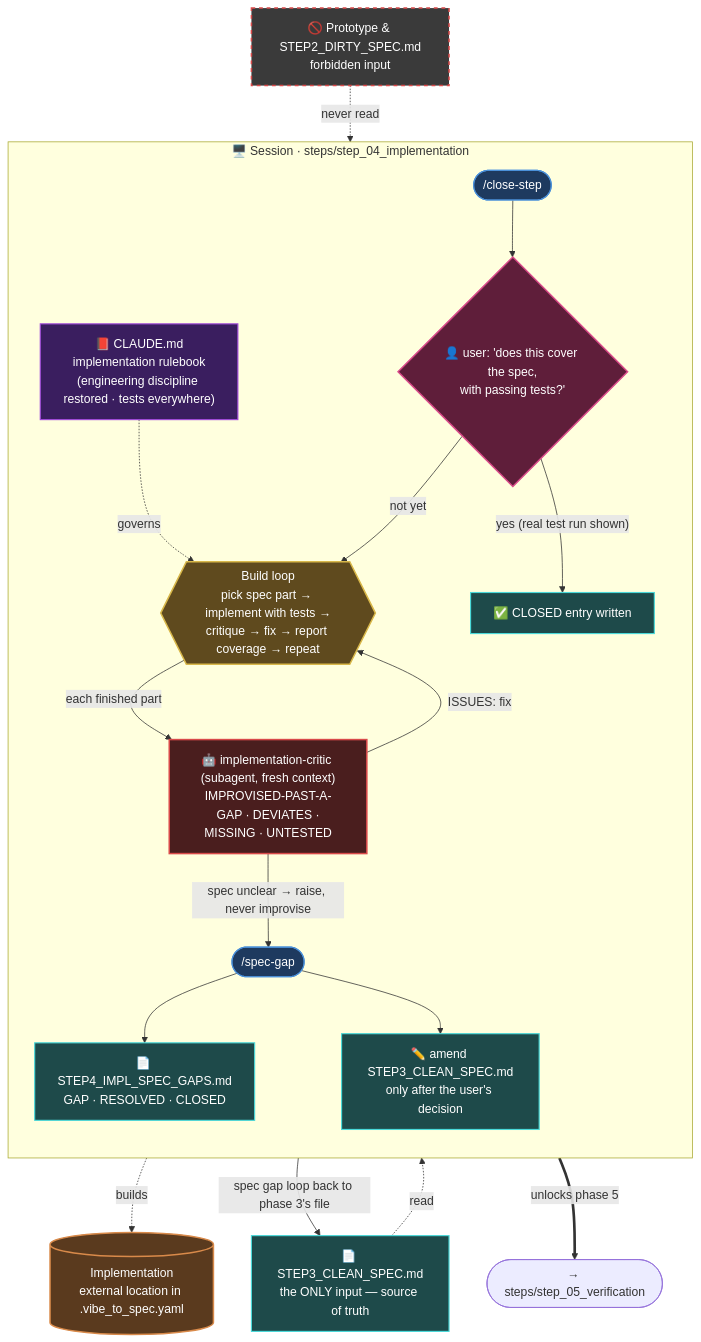
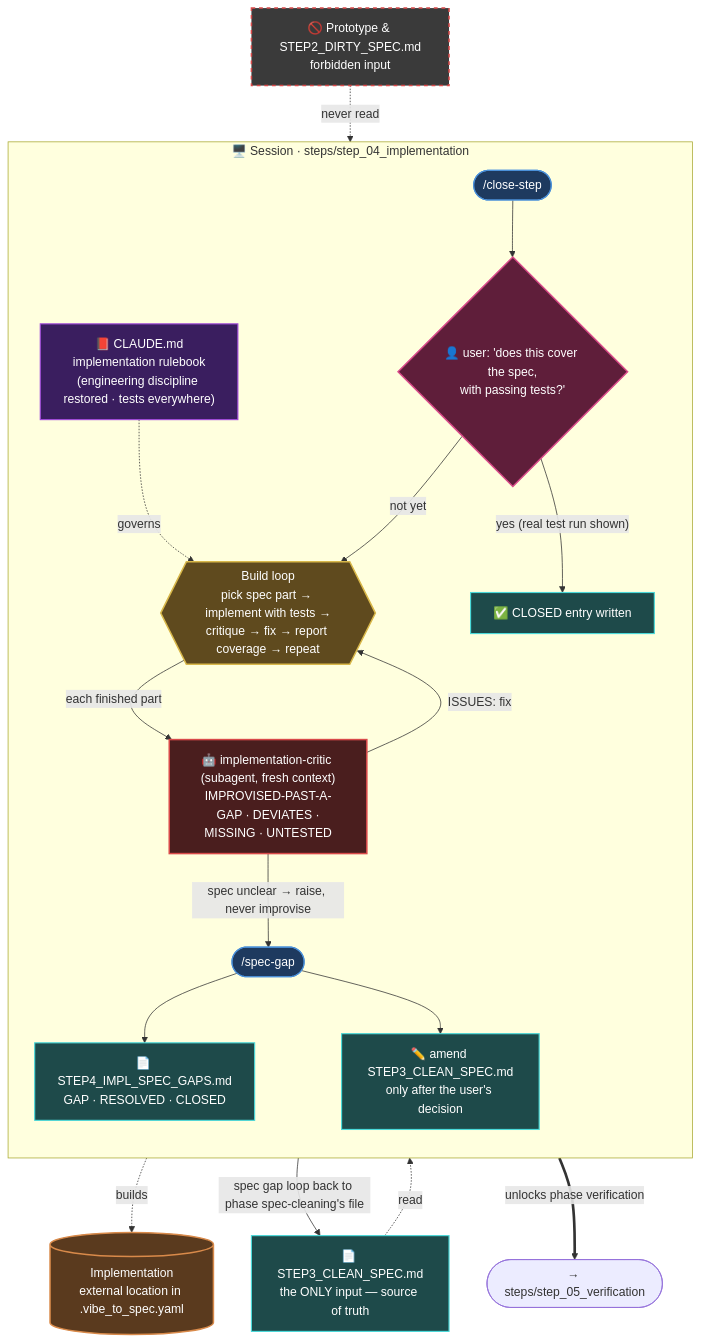
One commit to jeromeetienne/vibe_to_spec changed the fifth of 6 diagrams in docs/global_workflow.md. Above: the diagram before and after it, drawn with Mermaid. The commit also changed other lines of this file and 9 other files, not shown here.

Commit message:
Shorten phase names to Dirty Spec Extraction / Spec Cleaning and reference phases by name, not number

````diff
--- a/docs/global_workflow.md
+++ b/docs/global_workflow.md
@@ -214,49 +214,49 @@
 ```mermaid
 flowchart TD
     In4["📄 STEP3_CLEAN_SPEC.md<br/>the ONLY input — source of truth"]
     Forbid["🚫 Prototype & STEP2_DIRTY_SPEC.md<br/>forbidden input"]
 
     subgraph S4["🖥️ Session · steps/step_04_implementation"]
         direction TB
         R4["📕 CLAUDE.md<br/>implementation rulebook<br/>(engineering discipline restored · tests everywhere)"]
         Cmd4a(["/spec-gap"])
         Cmd4b(["/close-step"])
 
         Loop4{{"Build loop<br/>pick spec part → implement with tests →<br/>critique → fix → report coverage → repeat"}}
         Critic4["🤖 implementation-critic (subagent, fresh context)<br/>IMPROVISED-PAST-A-GAP · DEVIATES ·<br/>MISSING · UNTESTED"]
 
         R4 -.governs.-> Loop4
         Loop4 -->|"each finished part"| Critic4
         Critic4 -->|"ISSUES: fix"| Loop4
         Critic4 -->|"spec unclear → raise, never improvise"| Cmd4a
         Cmd4a --> GapLog["📄 STEP4_IMPL_SPEC_GAPS.md<br/>GAP · RESOLVED · CLOSED"]
         Cmd4a --> Amend["✏️ amend STEP3_CLEAN_SPEC.md<br/>only after the user's decision"]
 
         Cmd4b --> Gate4{"👤 user: 'does this cover the spec,<br/>with passing tests?'"}
         Gate4 -->|"not yet"| Loop4
         Gate4 -->|"yes (real test run shown)"| Closed4["✅ CLOSED entry written"]
     end
 
     In4 -.->|read| Loop4
     Forbid -.->|"never read"| S4
     Loop4 -.->|builds| Impl4[("Implementation<br/>external location in .vibe_to_spec.yaml")]
-    Amend -->|"spec gap loop back to phase 3's file"| In4
-    Closed4 ==>|"unlocks phase 5"| Next4(["→ steps/step_05_verification"])
+    Amend -->|"spec gap loop back to phase spec-cleaning's file"| In4
+    Closed4 ==>|"unlocks phase verification"| Next4(["→ steps/step_05_verification"])
 
     classDef rule fill:#3a1e5f,stroke:#a04ad9,stroke-width:1.5px,color:#fff;
     classDef cmd fill:#1e3a5f,stroke:#4a90d9,stroke-width:1.5px,color:#fff;
     classDef loop fill:#5f4a1e,stroke:#d9b84a,stroke-width:2px,color:#fff;
     classDef rec fill:#1e4a4a,stroke:#4ad9d9,stroke-width:1.5px,color:#fff;
     classDef gate fill:#5f1e3a,stroke:#d94a8a,stroke-width:2px,color:#fff;
     classDef critic fill:#4a1e1e,stroke:#d94a4a,stroke-width:2px,color:#fff;
     classDef code fill:#5a3a1e,stroke:#d98a4a,stroke-width:2px,color:#fff;
     classDef forbid fill:#3a3a3a,stroke:#d94a4a,stroke-width:2px,color:#fff,stroke-dasharray:5 5;
     class R4 rule;
     class Cmd4a,Cmd4b cmd;
     class Loop4 loop;
     class GapLog,Amend,Closed4,In4 rec;
     class Gate4 gate;
     class Critic4 critic;
     class Impl4 code;
     class Forbid forbid;
 ```
````
